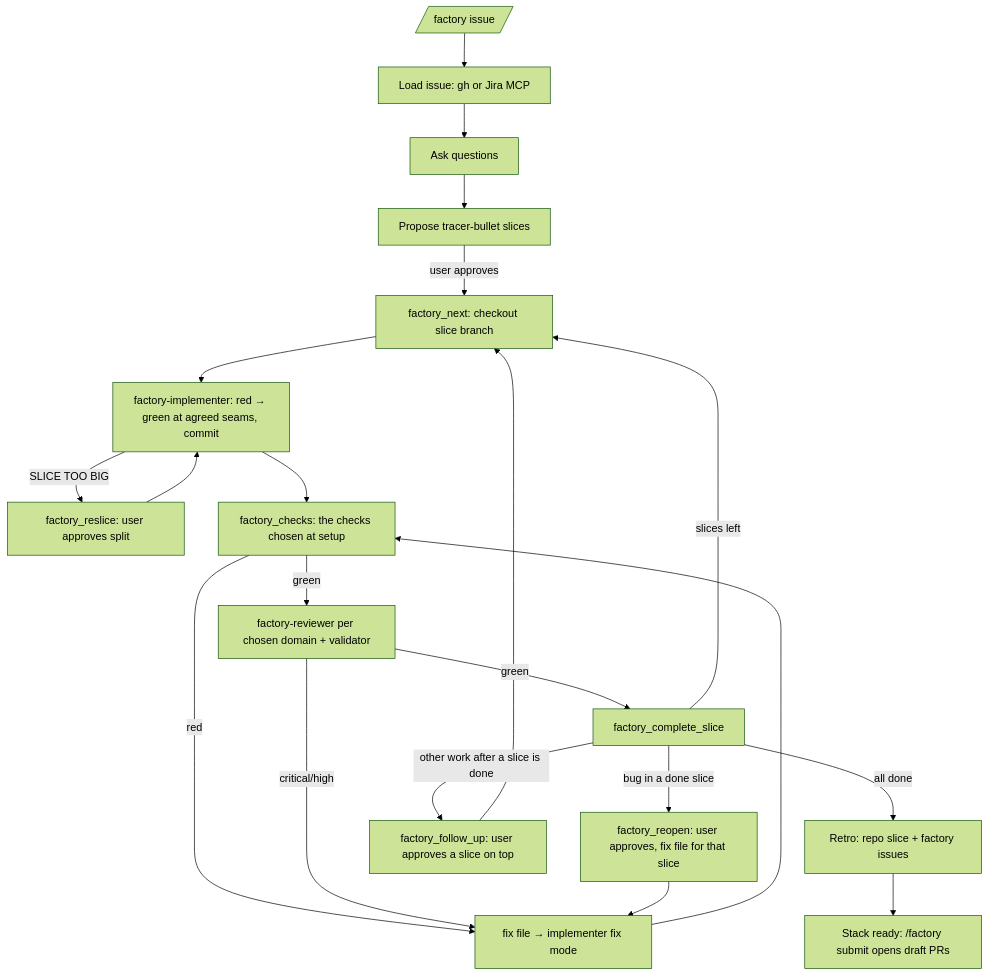
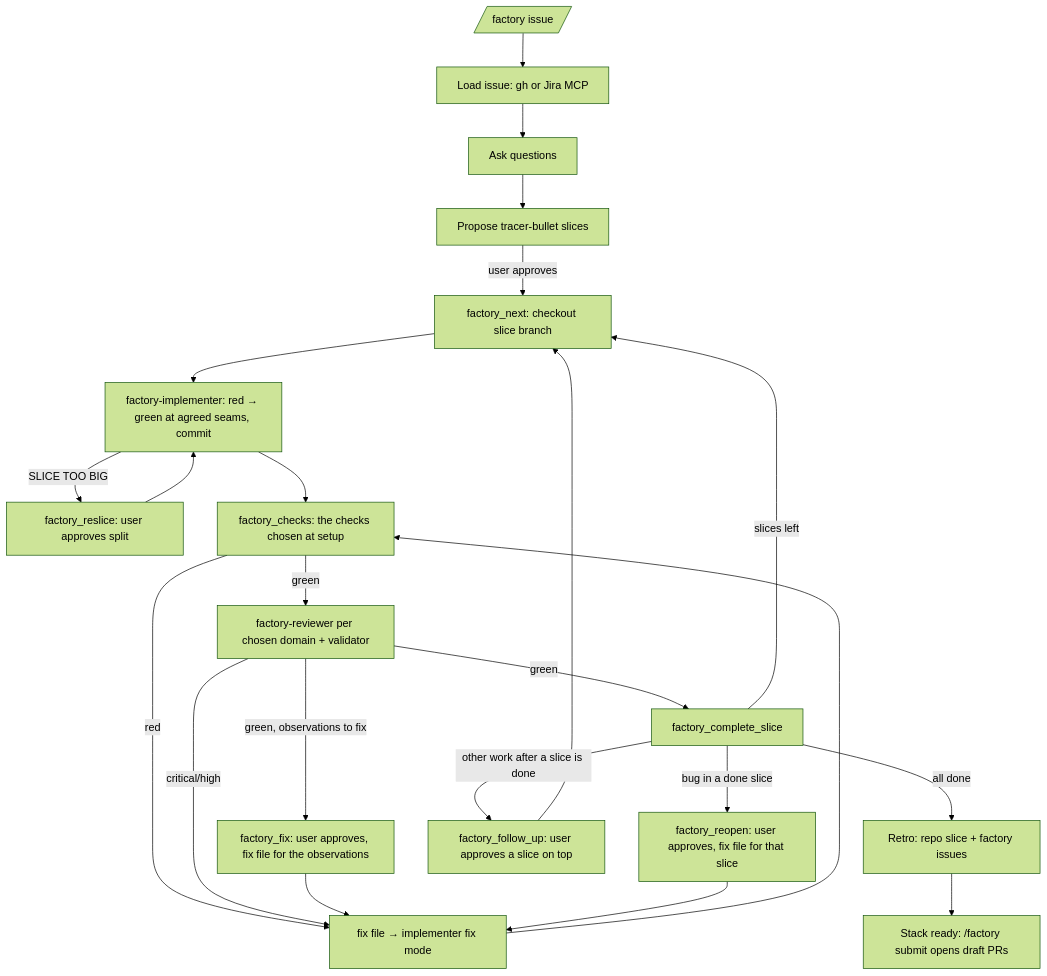
One commit to adrianbrowning/software-factory changed the diagram in README.md. Above: the diagram before and after it, drawn with Mermaid (forest theme). The commit also changed other lines of this file and 6 other files, not shown here.

Commit message:
Add factory_fix: a tracked fix round for observations chosen after a green review (#35)

````diff
--- a/README.md
+++ b/README.md
@@ -8,23 +8,25 @@
 ```mermaid
 flowchart TD
   A[/factory issue/] --> B[Load issue: gh or Jira MCP]
   B --> C[Ask questions]
   C --> D[Propose tracer-bullet slices]
   D -->|user approves| E[factory_next: checkout slice branch]
   E --> F[factory-implementer: red → green at agreed seams, commit]
   F -->|SLICE TOO BIG| R[factory_reslice: user approves split]
   R --> F
   F --> G[factory_checks: the checks chosen at setup]
   G -->|red| H[fix file → implementer fix mode]
   H --> G
   G -->|green| I[factory-reviewer per chosen domain + validator]
   I -->|critical/high| H
   I -->|green| J[factory_complete_slice]
+  I -->|green, observations to fix| Q[factory_fix: user approves, fix file for the observations]
+  Q --> H
   J -->|slices left| E
   J -->|all done| K[Retro: repo slice + factory issues]
   J -->|bug in a done slice| O[factory_reopen: user approves, fix file for that slice]
   O --> H
   J -->|other work after a slice is done| P[factory_follow_up: user approves a slice on top]
   P --> E
   K --> L[Stack ready: /factory submit opens draft PRs]
 ```
````
